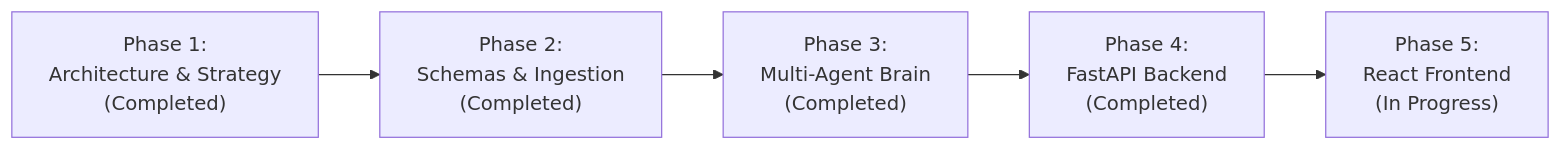
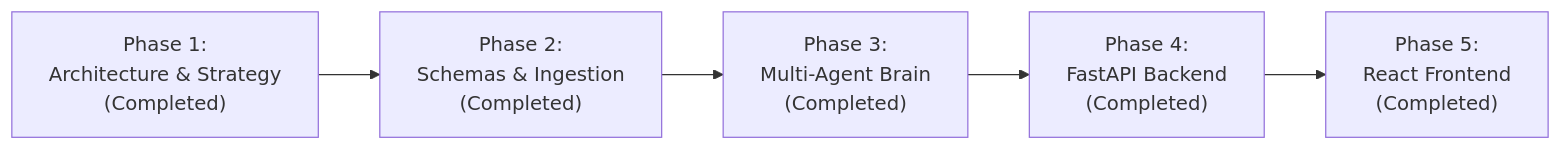
Before and after one commit to dhruv-gautam-dev/noteloom: the diagram in docs/PROJECT_STATUS.md, drawn with Mermaid. The commit also changed other lines of this file and 16 other files, not shown here.

````diff
--- a/docs/PROJECT_STATUS.md
+++ b/docs/PROJECT_STATUS.md
@@ -28,7 +28,7 @@
 ```mermaid
 flowchart LR
     P1["Phase 1:\nArchitecture & Strategy\n(Completed)"] --> P2["Phase 2:\nSchemas & Ingestion\n(Completed)"]
     P2 --> P3["Phase 3:\nMulti-Agent Brain\n(Completed)"]
     P3 --> P4["Phase 4:\nFastAPI Backend\n(Completed)"]
-    P4 --> P5["Phase 5:\nReact Frontend\n(In Progress)"]
+    P4 --> P5["Phase 5:\nReact Frontend\n(Completed)"]
 ```
````
